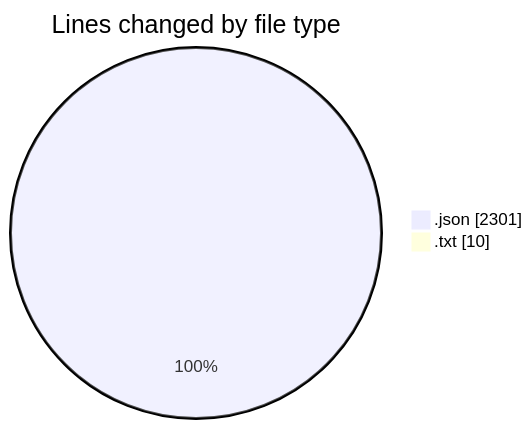
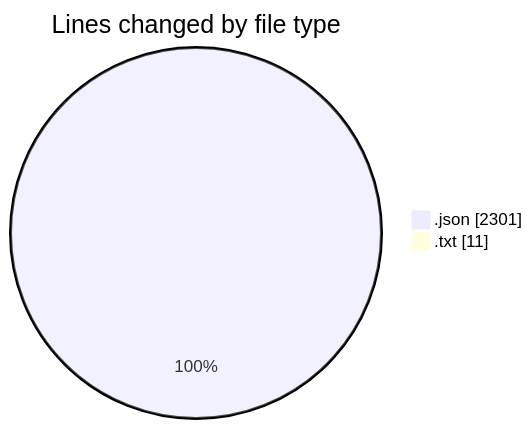
One commit to EIIisD/code-tracking changed the first of 2 diagrams in 2025-08-03/refunds/README.md. Above: the diagram before and after it, drawn with Mermaid. The commit also changed other lines of this file and 1 other file, not shown here.

````diff
--- a/2025-08-03/refunds/README.md
+++ b/2025-08-03/refunds/README.md
@@ -21,6 +21,6 @@
 ```mermaid
 pie showData
 title Lines changed by file type
 ".json" : 2301
-".txt" : 10
+".txt" : 11
 ```
````
